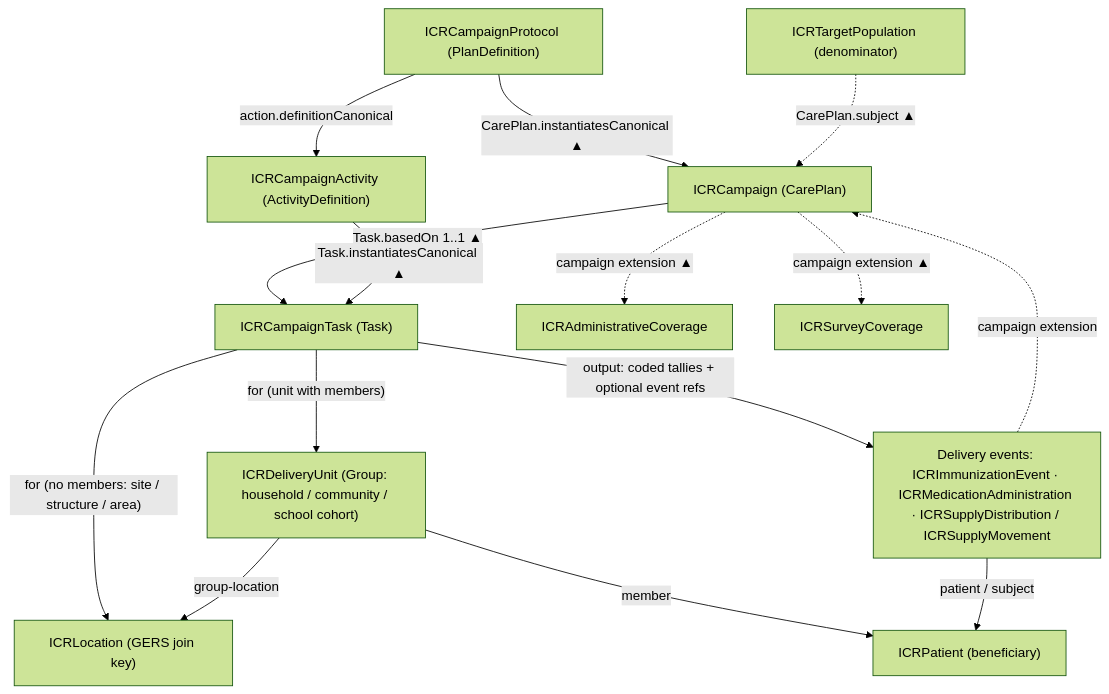
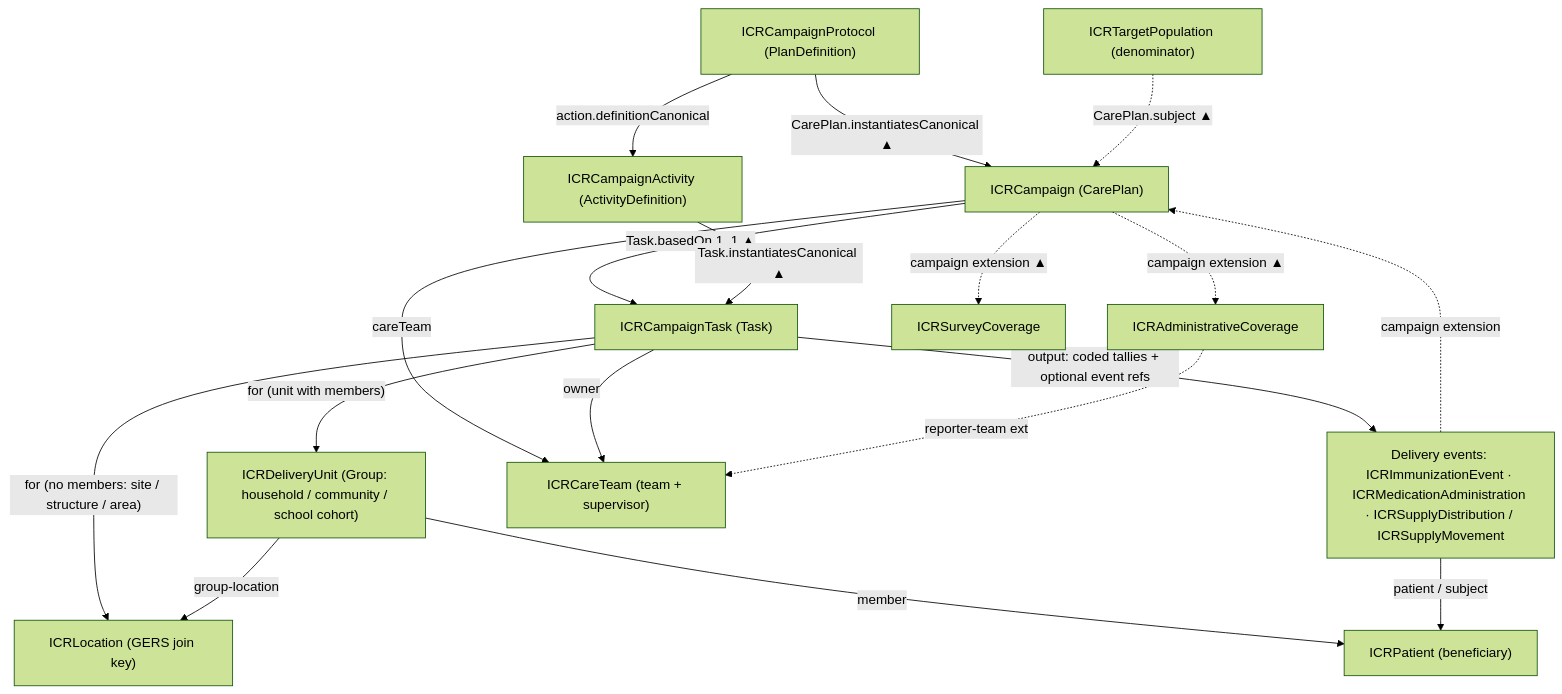
Before and after one commit to recodelabs/icr: the diagram in ig/input/pagecontent/index.md, drawn with Mermaid (forest theme). The commit also changed 1 other file, not shown here.

Commit message:
ig+doc: add ICRCareTeam to the index diagram; campaign-hub diagram in §4.2
- index.md model-at-a-glance gains the team: CP -->careTeam CT,
  TASK -->owner CT, AC -.reporter-team ext.-> CT (all true reference
  direction, no ▲ needed).
- ig-summary-v2 §4.2: new 'one campaign, as a hub' mermaid — the round's
  key components with everything operational/analytical pointing AT the
  campaign (tasks basedOn, events/supply/coverage campaign ext, form
  responses basedOn) and the campaign referencing its definition side
  (protocol, umbrella, denominator, geography, careTeam).
- Repaired the §4.2 rounds/lifecycle mermaid that had collapsed into a
  single inline code span (rendered as text, not a diagram); its arrows
  also now follow reference direction.

````diff
--- a/ig/input/pagecontent/index.md
+++ b/ig/input/pagecontent/index.md
@@ -61,17 +61,20 @@
 ```mermaid
 graph TD
   PD["ICRCampaignProtocol (PlanDefinition)"] -->|"CarePlan.instantiatesCanonical ▲"| CP["ICRCampaign (CarePlan)"]
   PD -->|"action.definitionCanonical"| AD["ICRCampaignActivity (ActivityDefinition)"]
   CP -->|"Task.basedOn 1..1 ▲"| TASK["ICRCampaignTask (Task)"]
   AD -->|"Task.instantiatesCanonical ▲"| TASK
   TASK -->|"for (unit with members)"| DU["ICRDeliveryUnit (Group: household / community / school cohort)"]
   TASK -->|"for (no members: site / structure / area)"| LOC["ICRLocation (GERS join key)"]
   DU -->|group-location| LOC
   DU -->|member| PT["ICRPatient (beneficiary)"]
   TASK -->|"output: coded tallies + optional event refs"| EV["Delivery events: ICRImmunizationEvent · ICRMedicationAdministration · ICRSupplyDistribution / ICRSupplyMovement"]
   EV -.->|"campaign extension"| CP
   EV -->|"patient / subject"| PT
   TP["ICRTargetPopulation (denominator)"] -.->|"CarePlan.subject ▲"| CP
+  CP -->|careTeam| CT["ICRCareTeam (team + supervisor)"]
+  TASK -->|owner| CT
   CP -.->|"campaign extension ▲"| AC["ICRAdministrativeCoverage"]
   CP -.->|"campaign extension ▲"| SC["ICRSurveyCoverage"]
+  AC -.->|"reporter-team ext"| CT
 ```
````
